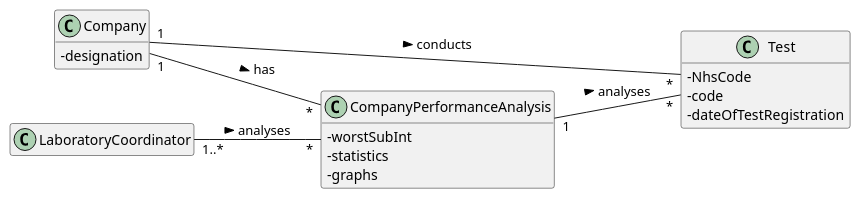
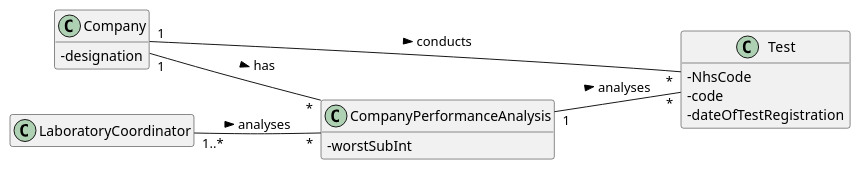
Before and after one commit to ana-albergaria/LAPR2-ISEP: the diagram in docs/SprintD/US_16/US16_DM.puml, drawn with PlantUML. The commit also changed 4 other files, not shown here.

```diff
--- a/docs/SprintD/US_16/US16_DM.puml
+++ b/docs/SprintD/US_16/US16_DM.puml
@@ -1,35 +1,35 @@
 @startuml
 
 skinparam classAttributeIconSize 0
 hide empty methods
 hide empty attributes
 left to right direction
 
 class Company{
 - designation
 }
 
 class Test{
 - NhsCode
 - code
 - dateOfTestRegistration
 }
 
 class LaboratoryCoordinator{
 }
 
 class CompanyPerformanceAnalysis{
 '- firstDayToAnalyse
 '- lastDayToAnalyse
 '- chosenAlgorithm
 - worstSubInt
-- statistics
-- graphs
+'- statistics
+'- graphs
 }
 
 Company "1" -- "*" Test : conducts >
 LaboratoryCoordinator "1..*" -- "*" CompanyPerformanceAnalysis : analyses >
 Company "1" -- "*" CompanyPerformanceAnalysis : has >
 CompanyPerformanceAnalysis "1" -- "*" Test : analyses >
 
 @enduml
```
